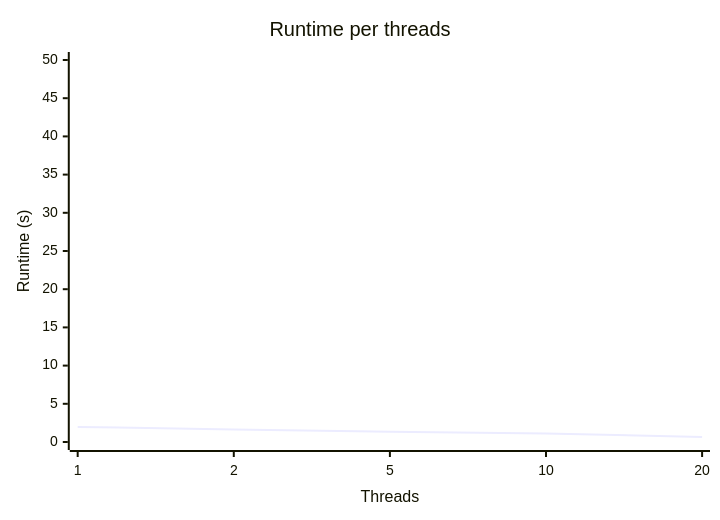
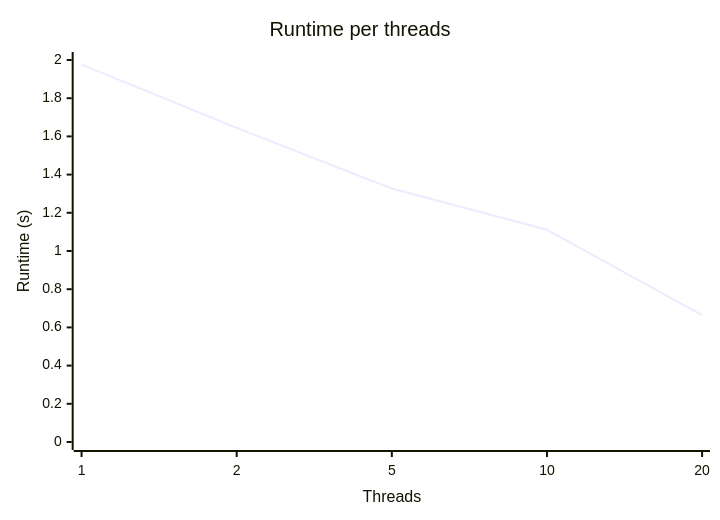
Before and after one commit to Mykl-college/Lab11: the second of 2 diagrams in README.md, drawn with Mermaid.

````diff
--- a/README.md
+++ b/README.md
@@ -19,7 +19,7 @@
 ```mermaid
 xychart-beta
     title "Runtime per threads"
     x-axis "Threads" [1, 2, 5, 10, 20]
-    y-axis "Runtime (s)" 0 --> 50
+    y-axis "Runtime (s)" 0 --> 2
     line [1.976, 1.645, 1.327, 1.111, 0.664]
 ```
````
